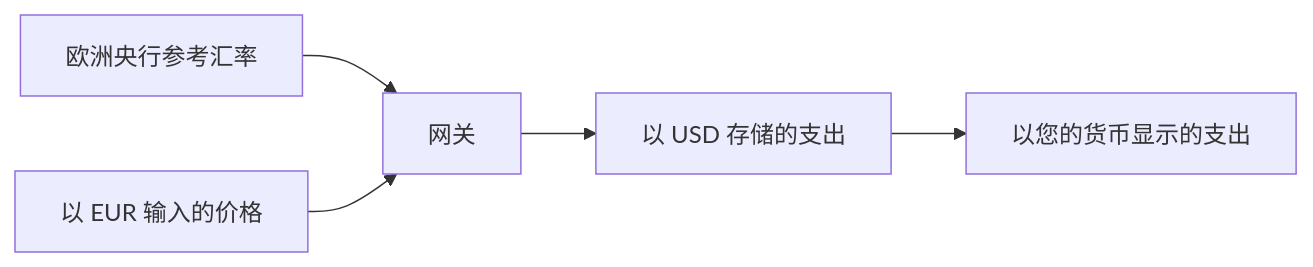
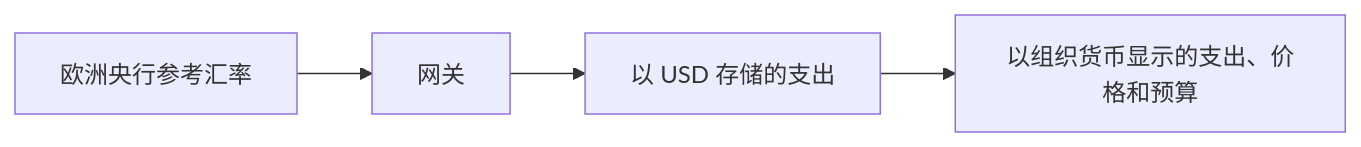
Before and after one commit to logicplanes/kaeso: the diagram in apps/docs/content/zh-CN/concepts/currencies.md, drawn with Mermaid. The commit also changed other lines of this file and 191 other files, not shown here.

````diff
--- a/apps/docs/content/zh-CN/concepts/currencies.md
+++ b/apps/docs/content/zh-CN/concepts/currencies.md
@@ -9,9 +9,8 @@
 ```mermaid
 flowchart LR
-  accTitle: 其他货币出现在哪里
-  accDescr: 网关每个工作日获取一次欧洲央行参考汇率。以欧元输入的价格按最新汇率以美元计费，以美元存储的支出则以您的货币估算显示。
+  accTitle: 组织的货币在哪里起作用
+  accDescr: 网关每个工作日获取一次欧洲央行参考汇率。请求以美元计费和存储，组织以自己的货币查看支出、价格和预算。
   ecb[欧洲央行参考汇率]:::outside --> gateway[网关]:::accent
-  price[以 EUR 输入的价格] --> gateway
   gateway --> stored[以 USD 存储的支出]
-  stored --> shown[以您的货币显示的支出]
+  stored --> shown[以组织货币显示的支出、价格和预算]
 ```
````
